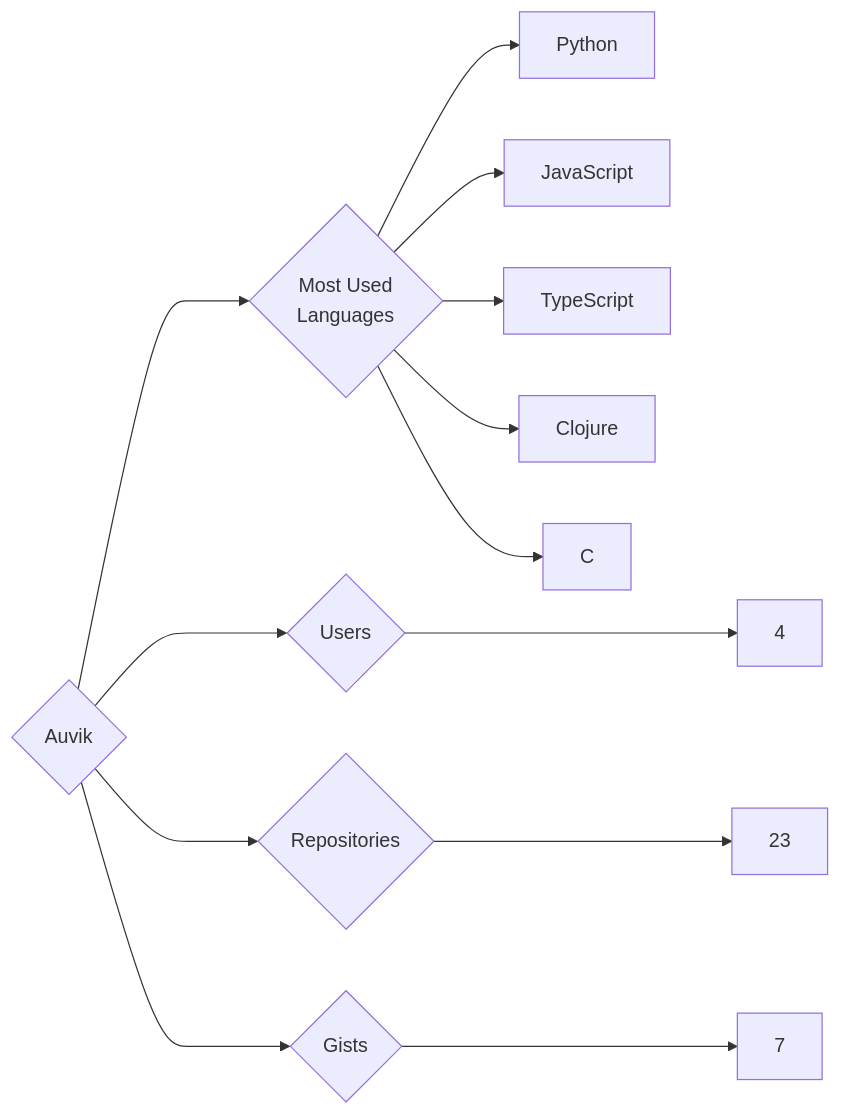
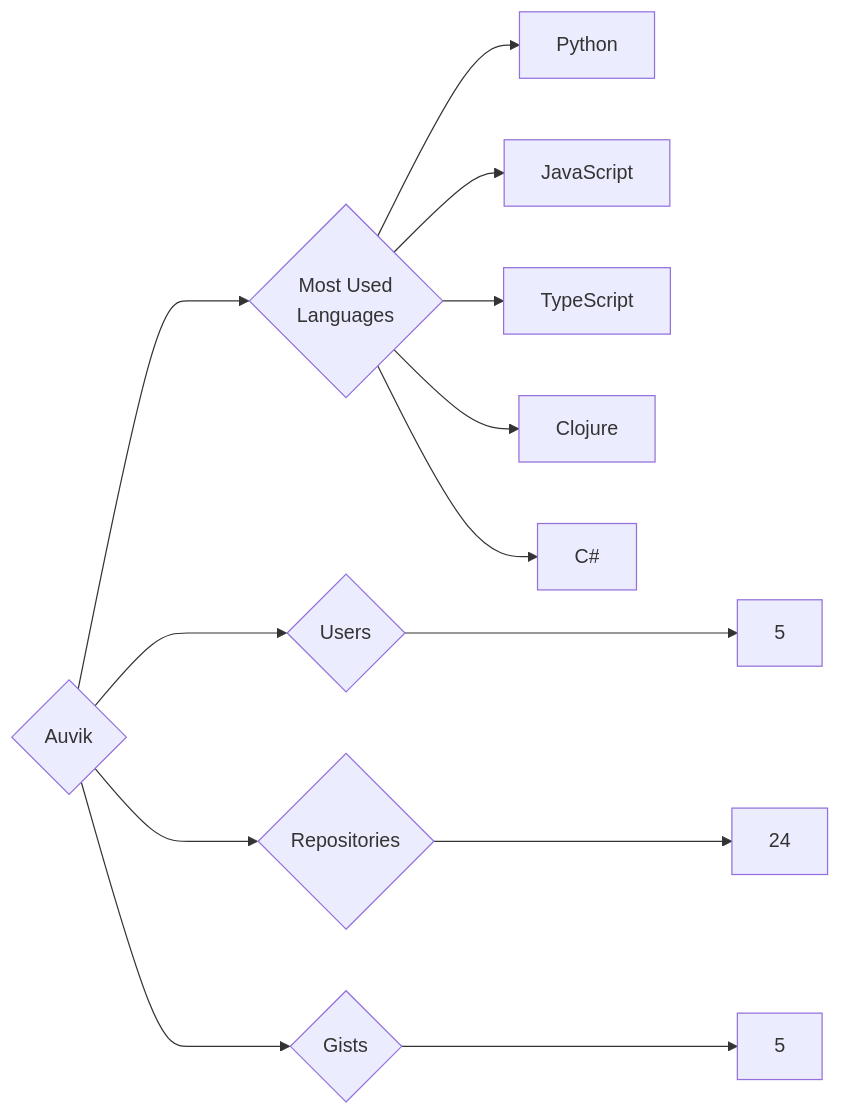
The diagram in targets/Auvik/README.md (trickest/insiders), drawn with Mermaid before and after one commit. The commit also changed 938 other files, not shown here.

````diff
--- a/targets/Auvik/README.md
+++ b/targets/Auvik/README.md
@@ -3,13 +3,13 @@
 ```mermaid
 graph LR
 COMPANY_NAME{Auvik}
-COMPANY_NAME ---> U{Users} ---> UN[4]
-COMPANY_NAME ---> R{Repositories} ---> RN[23]
-COMPANY_NAME ---> G{Gists} ---> GN[7]
+COMPANY_NAME ---> U{Users} ---> UN[5]
+COMPANY_NAME ---> R{Repositories} ---> RN[24]
+COMPANY_NAME ---> G{Gists} ---> GN[5]
 COMPANY_NAME ---> ML{Most Used<br>Languages}
 ML --> Python[Python]
 ML --> JavaScript[JavaScript]
 ML --> TypeScript[TypeScript]
 ML --> Clojure[Clojure]
-ML --> C[C]
+ML --> C#[C#]
 ```
````
